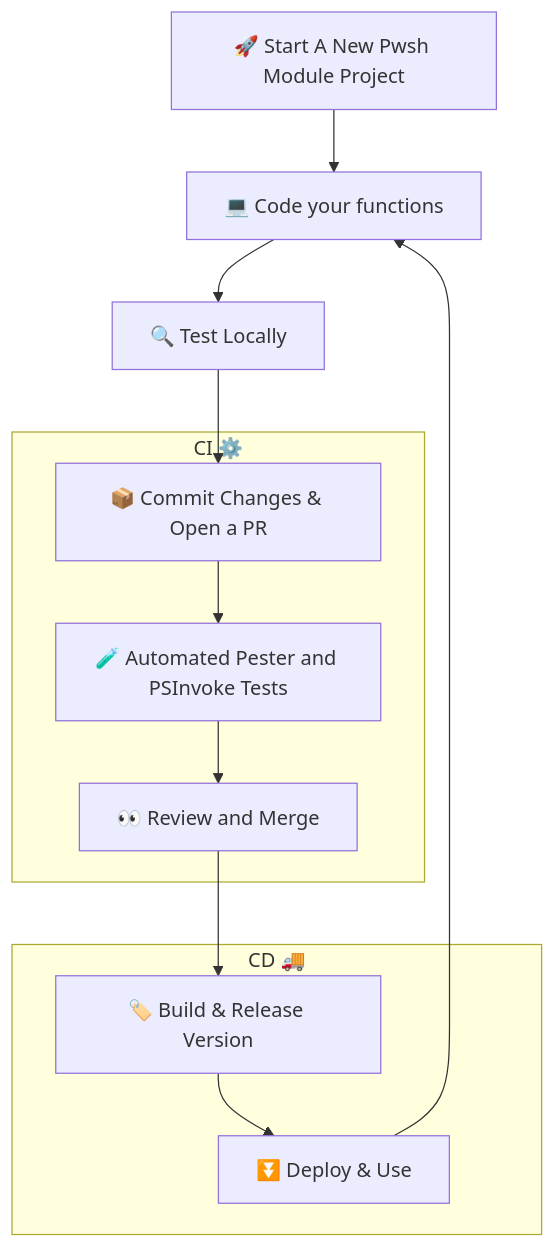
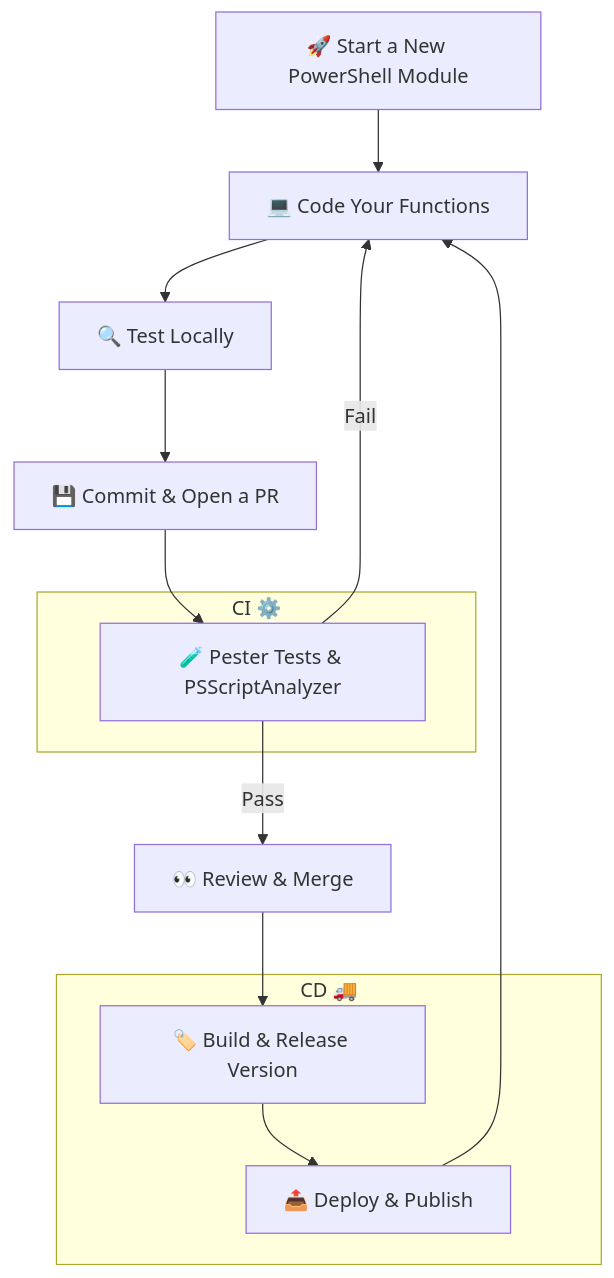
One commit to adrian-andersson/ModuleForge changed the first of 2 diagrams in README.md. Above: the diagram before and after it, drawn with Mermaid.

Commit message:
chore: fix up the workflow overview mermaid chart

````diff
--- a/README.md
+++ b/README.md
@@ -68,17 +68,18 @@
 ```mermaid
-
 graph TD
-  A[🚀 Start A New Pwsh Module Project] --> B[💻 Code your functions]
+  A[🚀 Start a New PowerShell Module] --> B[💻 Code Your Functions]
   B --> C[🔍 Test Locally]
-  C --> D[📦 Commit Changes & Open a PR]
+  C --> D[💾 Commit & Open a PR]
+  D --> E
   subgraph "CI ⚙️"
-  D --> E[🧪 Automated Pester and PSInvoke Tests]
-  E --> F[👀 Review and Merge]
+    E[🧪 Pester Tests & PSScriptAnalyzer]
   end
+  E -->|Fail| B
+  E -->|Pass| F[👀 Review & Merge]
+  F --> G
   subgraph "CD 🚚"
-  F --> G[🏷️ Build & Release Version]
-  G --> H[⏬ Deploy & Use]
+    G[🏷️ Build & Release Version]
+    G --> H[📤 Deploy & Publish]
   end
   H --> B
-
 ```
````
